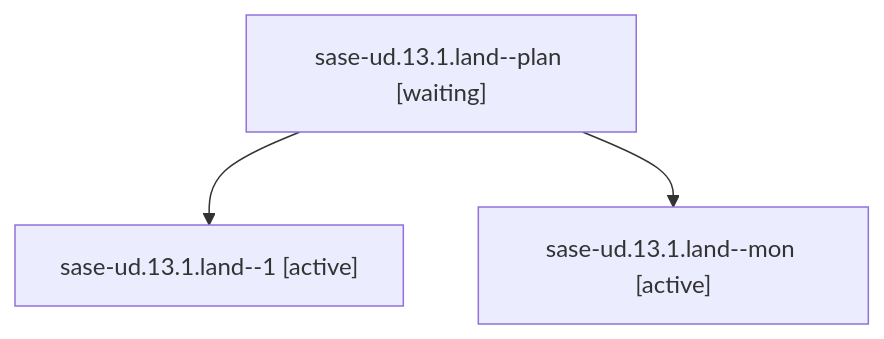
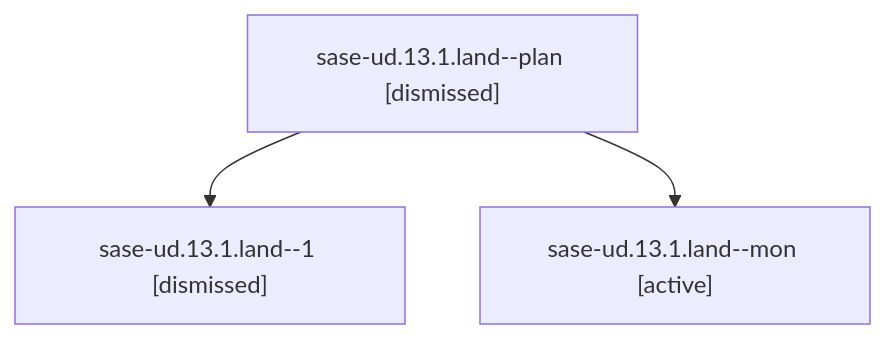
One commit to sase-org/sase--agents changed the diagram in sessions/bbugyi200.athena.sase-ud.13.1.land.md. Above: the diagram before and after it, drawn with Mermaid. The commit also changed other lines of this file and 262 other files, not shown here.

````diff
--- a/sessions/bbugyi200.athena.sase-ud.13.1.land.md
+++ b/sessions/bbugyi200.athena.sase-ud.13.1.land.md
@@ -9,8 +9,8 @@
 ```mermaid
 flowchart TD
-  n0["sase-ud.13.1.land--plan [waiting]"]
-  n1["sase-ud.13.1.land--1 [active]"]
+  n0["sase-ud.13.1.land--plan [dismissed]"]
+  n1["sase-ud.13.1.land--1 [dismissed]"]
   n0 --> n1
   n2["sase-ud.13.1.land--mon [active]"]
   n0 --> n2
 ```
````
